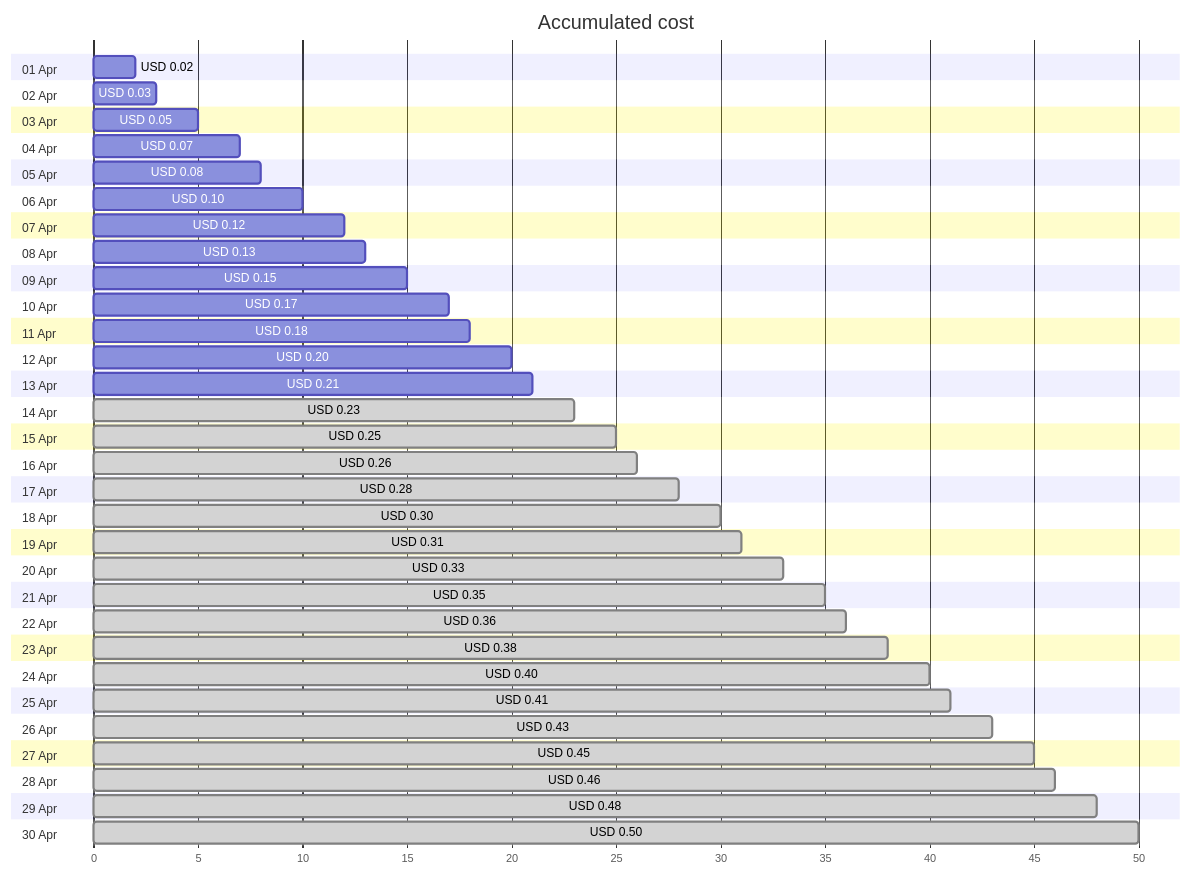
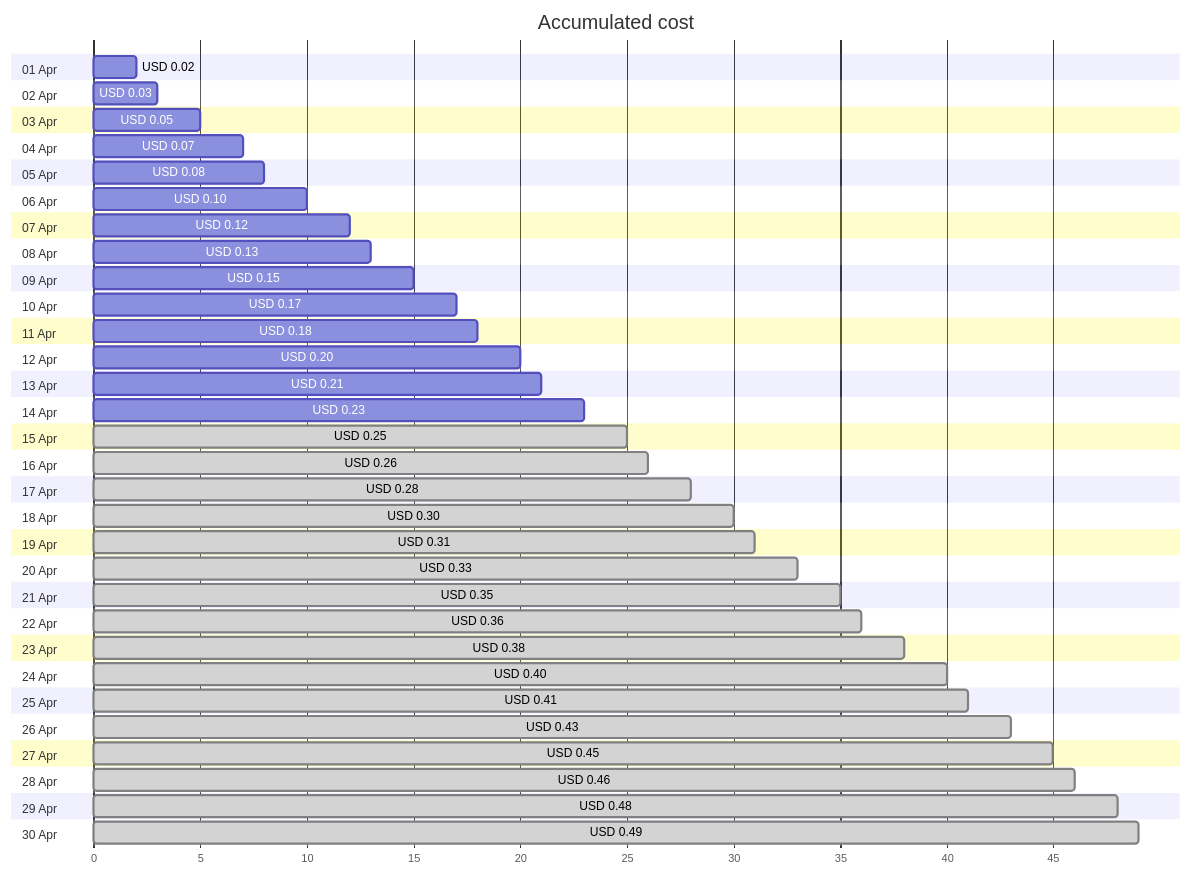
The first of 4 diagrams in cost-reports/personal-dns/jpatrickfulton.dev.md (jpfulton/azure-personal-reports), drawn with Mermaid before and after one commit. The commit also changed other lines of this file and 2 other files, not shown here.

````diff
--- a/cost-reports/personal-dns/jpatrickfulton.dev.md
+++ b/cost-reports/personal-dns/jpatrickfulton.dev.md
@@ -20,66 +20,66 @@
 ```mermaid
 gantt
    title Accumulated cost
    dateFormat  X
    axisFormat %s
    section 01 Apr
    USD 0.02 :0, 2
    section 02 Apr
    USD 0.03 :0, 3
    section 03 Apr
    USD 0.05 :0, 5
    section 04 Apr
    USD 0.07 :0, 7
    section 05 Apr
    USD 0.08 :0, 8
    section 06 Apr
    USD 0.10 :0, 10
    section 07 Apr
    USD 0.12 :0, 12
    section 08 Apr
    USD 0.13 :0, 13
    section 09 Apr
    USD 0.15 :0, 15
    section 10 Apr
    USD 0.17 :0, 17
    section 11 Apr
    USD 0.18 :0, 18
    section 12 Apr
    USD 0.20 :0, 20
    section 13 Apr
    USD 0.21 :0, 21
    section 14 Apr
-   USD 0.23 : done, 0, 23
+   USD 0.23 :0, 23
    section 15 Apr
    USD 0.25 : done, 0, 25
    section 16 Apr
    USD 0.26 : done, 0, 26
    section 17 Apr
    USD 0.28 : done, 0, 28
    section 18 Apr
    USD 0.30 : done, 0, 30
    section 19 Apr
    USD 0.31 : done, 0, 31
    section 20 Apr
    USD 0.33 : done, 0, 33
    section 21 Apr
    USD 0.35 : done, 0, 35
    section 22 Apr
    USD 0.36 : done, 0, 36
    section 23 Apr
    USD 0.38 : done, 0, 38
    section 24 Apr
    USD 0.40 : done, 0, 40
    section 25 Apr
    USD 0.41 : done, 0, 41
    section 26 Apr
    USD 0.43 : done, 0, 43
    section 27 Apr
    USD 0.45 : done, 0, 45
    section 28 Apr
    USD 0.46 : done, 0, 46
    section 29 Apr
    USD 0.48 : done, 0, 48
    section 30 Apr
-   USD 0.50 : done, 0, 50
+   USD 0.49 : done, 0, 49
 ```
````
